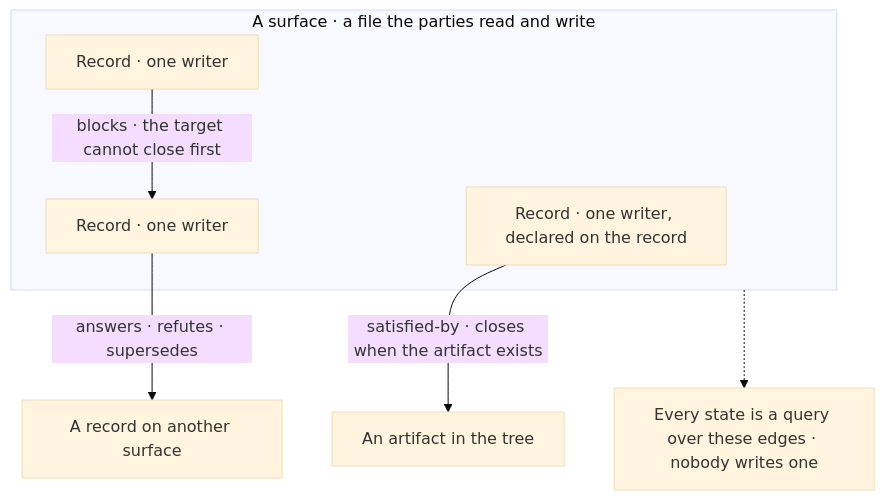
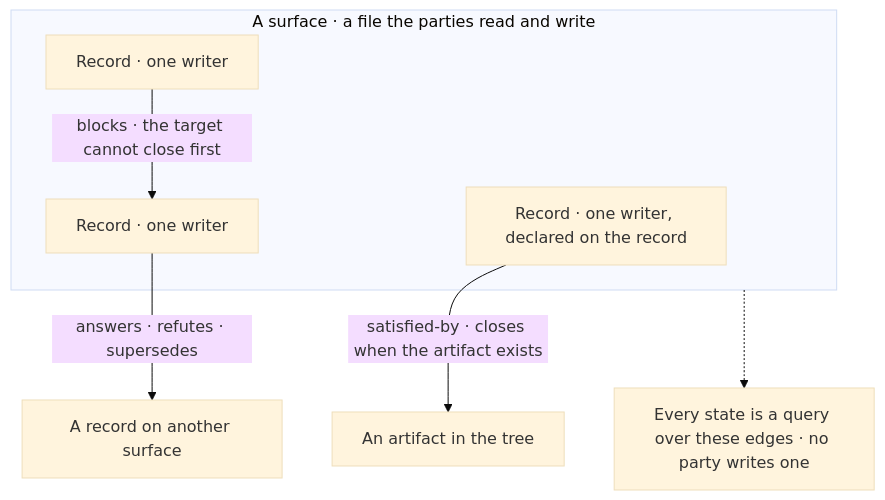
One commit to Varietyz/Disciplined-AI-Software-Development changed the fourth of 16 diagrams in COLLABORATE.md. Above: the diagram before and after it, drawn with Mermaid (base theme). The commit also changed other lines of this file and 25 other files, not shown here.

````diff
--- a/COLLABORATE.md
+++ b/COLLABORATE.md
@@ -137,15 +125,15 @@
 ```mermaid
 flowchart TB
 subgraph surface["A surface · a file the parties read and write"]
 r1["Record · one writer, declared on the record"]
 r2["Record · one writer"]
 r3["Record · one writer"]
 end
 artifact["An artifact in the tree"]
 other["A record on another surface"]
 r1 -- satisfied-by · closes when the artifact exists --> artifact
 r2 -- blocks · the target cannot close first --> r3
 r3 -- answers · refutes · supersedes --> other
-state["Every state is a query over these edges · nobody writes one"]
+state["Every state is a query over these edges · no party writes one"]
 surface -.-> state
 ```
````
